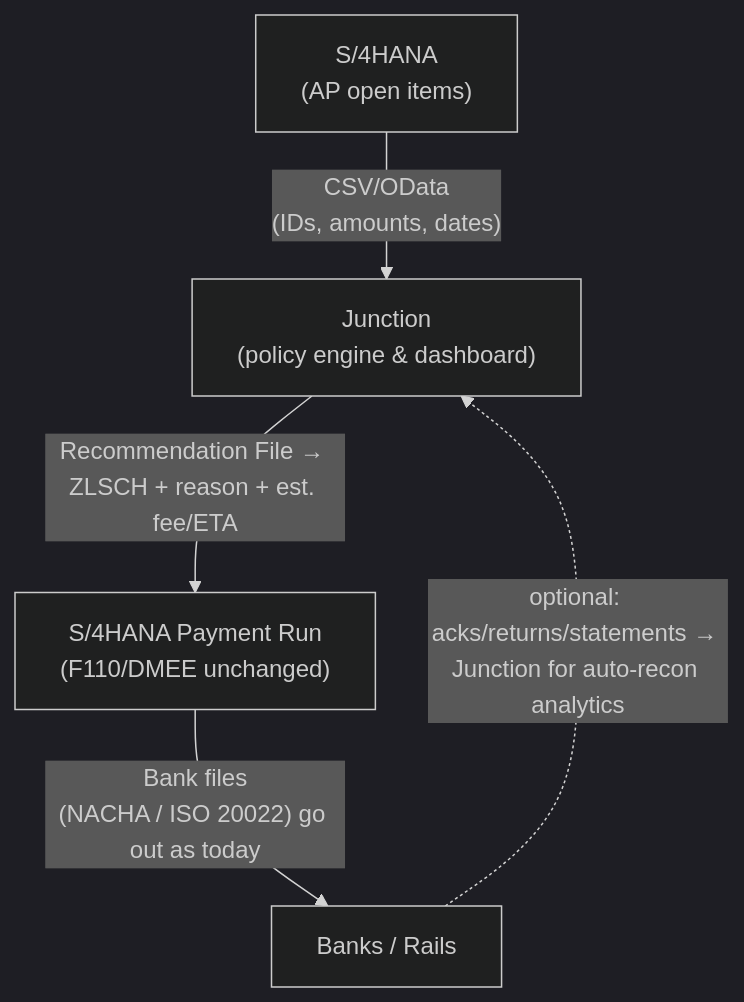
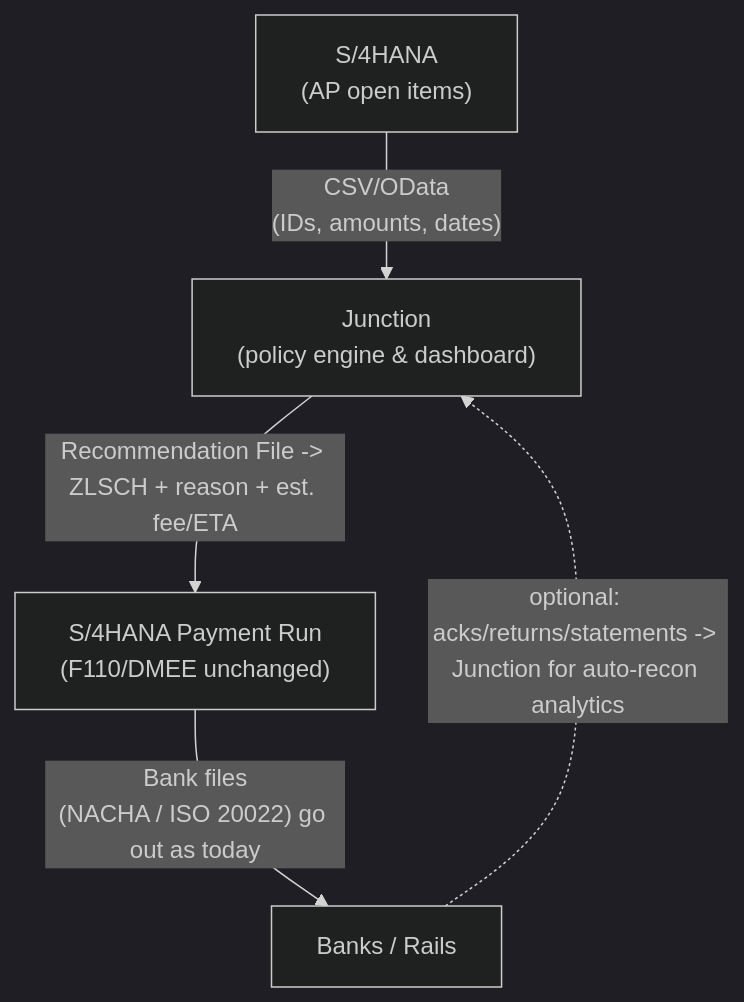
One commit to Junction-Engine/Junction-Open changed the diagram in README.md. Above: the diagram before and after it, drawn with Mermaid (dark theme). The commit also changed other lines of this file, not shown here.

Commit message:
docs: rebuild Overview diagram (ASCII-only); ensure single closed Mermaid block

````diff
--- a/README.md
+++ b/README.md
@@ -64,8 +5,8 @@
 ```mermaid
 flowchart TB
   s4["S/4HANA\n(AP open items)"]
   s4 -->|"CSV/OData\n(IDs, amounts, dates)"| jn["Junction\n(policy engine & dashboard)"]
-  jn -->|"Recommendation File → ZLSCH + reason + est. fee/ETA"| f110["S/4HANA Payment Run\n(F110/DMEE unchanged)"]
+  jn -->|"Recommendation File -> ZLSCH + reason + est. fee/ETA"| f110["S/4HANA Payment Run\n(F110/DMEE unchanged)"]
   f110 -->|"Bank files\n(NACHA / ISO 20022) go out as today"| banks["Banks / Rails"]
-  banks -.->|"optional: acks/returns/statements → Junction for auto-recon analytics"| jn
+  banks -.->|"optional: acks/returns/statements -> Junction for auto-recon analytics"| jn
 ```
````
